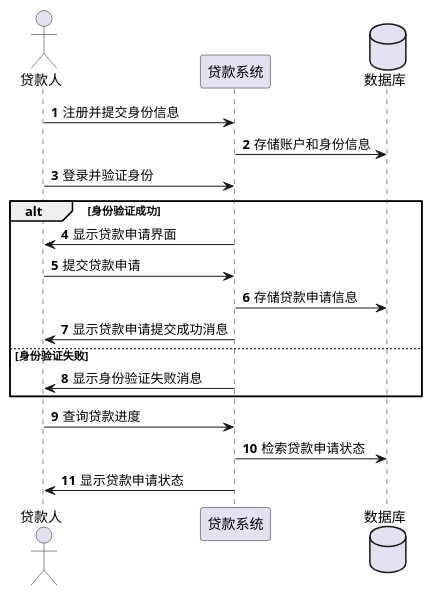
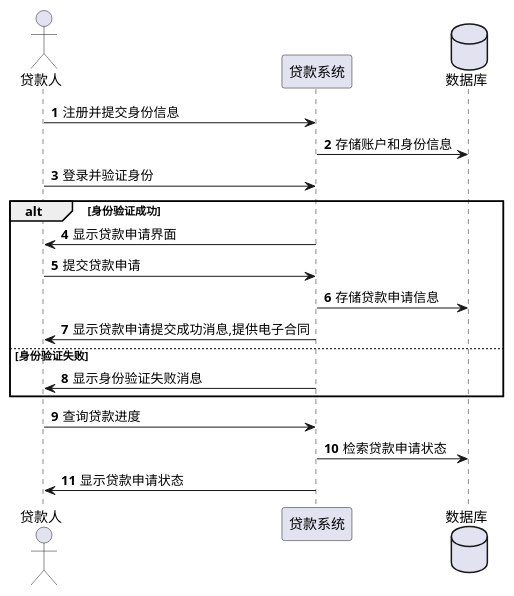
One commit to sam5053/Integrated-Design changed the diagram in 贷前.pu. Above: the diagram before and after it, drawn with PlantUML. The commit also changed 2 other files, not shown here.

Commit message:
修改了plantuml文件

```diff
--- a/贷前.pu
+++ b/贷前.pu
@@ -1,24 +1,24 @@
 @startuml
 
 autonumber
 actor 贷款人 as user
 participant "贷款系统" as system
 database "数据库" as database
 
 user -> system: 注册并提交身份信息
 system -> database: 存储账户和身份信息
 user -> system: 登录并验证身份
 alt 身份验证成功
     system -> user: 显示贷款申请界面
     user -> system: 提交贷款申请
     system -> database: 存储贷款申请信息
-    system -> user: 显示贷款申请提交成功消息  
+    system -> user: 显示贷款申请提交成功消息,提供电子合同 
 else 身份验证失败
     system -> user: 显示身份验证失败消息
 end
 user -> system: 查询贷款进度
 system -> database: 检索贷款申请状态
 system -> user: 显示贷款申请状态
 
 
 @enduml
```
